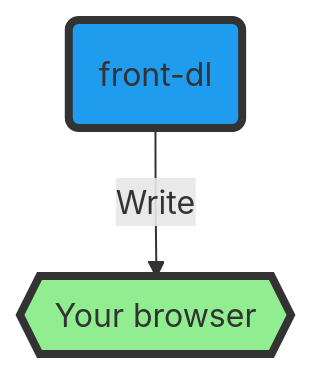
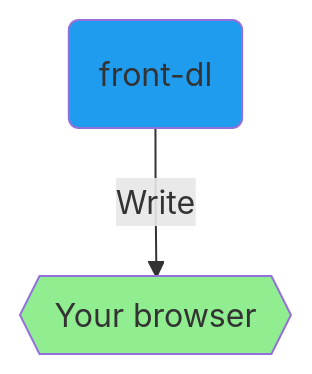
Before and after one commit to m6h/front-dl: the first of 2 diagrams in README.md, drawn with Mermaid. The commit also changed other lines of this file, not shown here.

````diff
--- a/README.md
+++ b/README.md
@@ -20,11 +20,7 @@
 ```mermaid
 graph TB
-  classDef outline stroke:#333,stroke-width:4px;
   style browser fill:lightgreen
   style fdl fill:#209cee
 
   fdl(front-dl)--Write-->browser{{Your browser}}
-
-
-  class cloud,browser,fdl,mediaServer,storage outline
 ```
````
